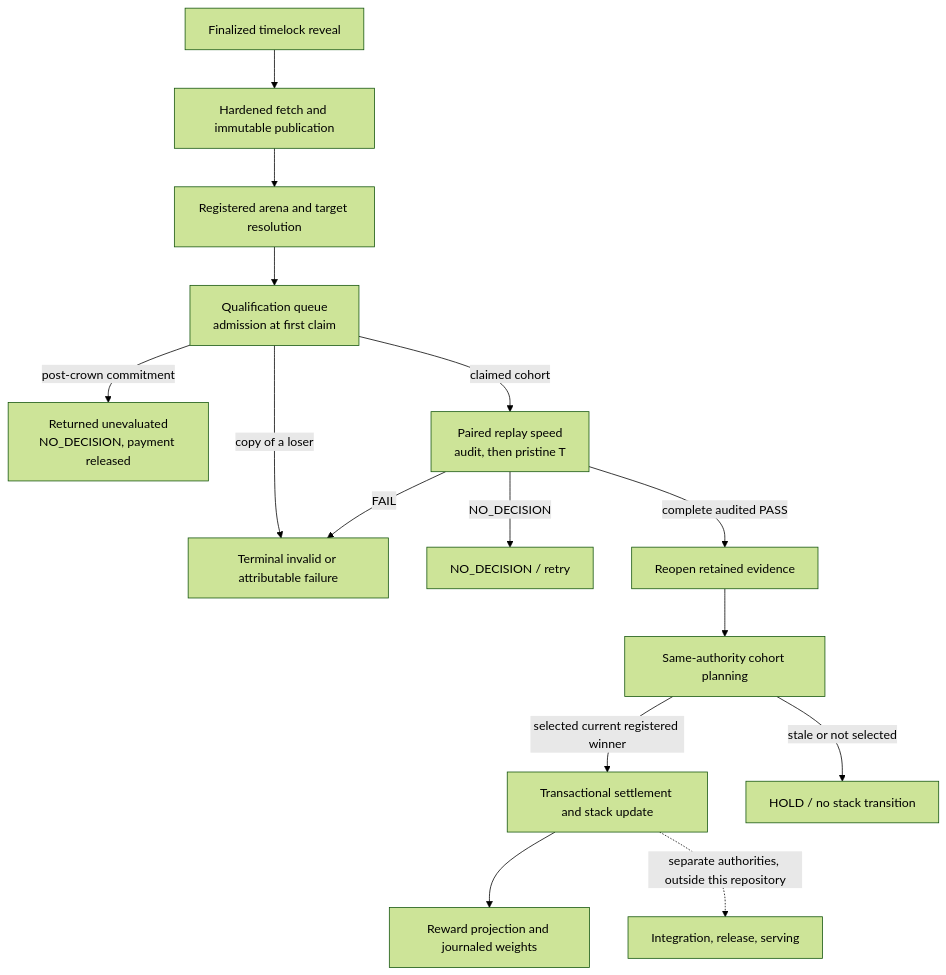
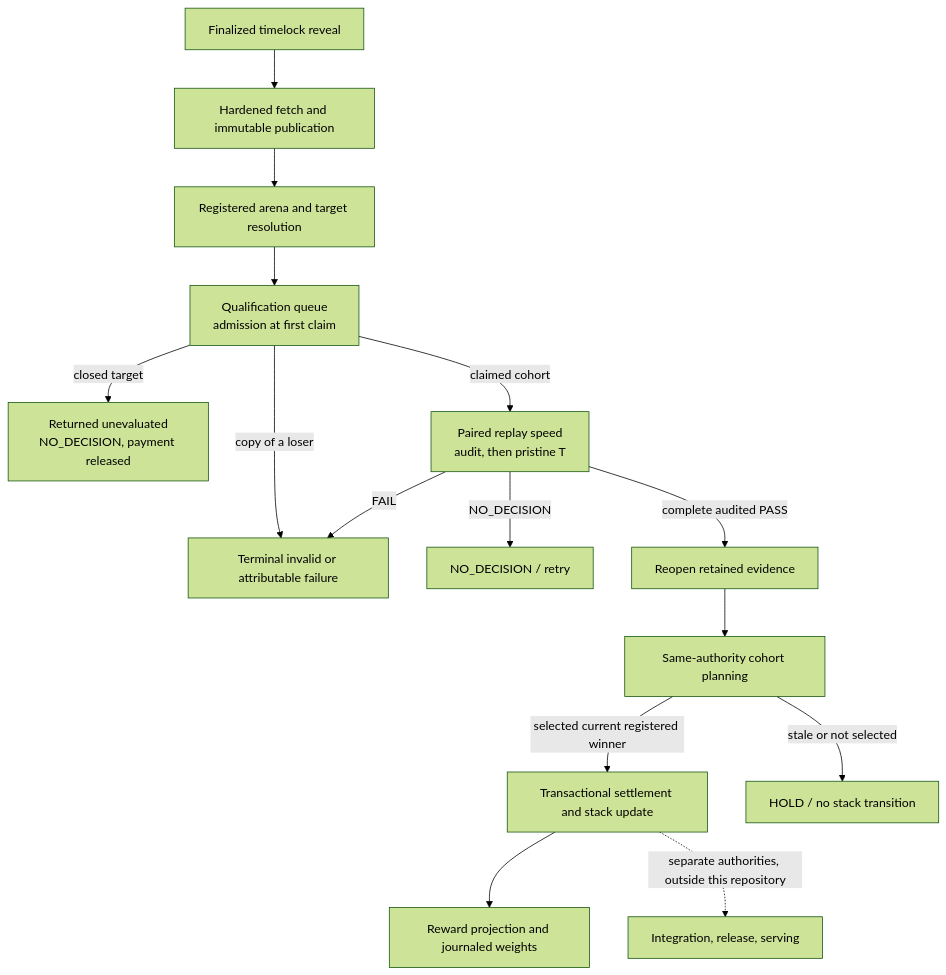
The diagram in docs/architecture/pipeline.md (latent-to/cacheon), drawn with Mermaid (forest theme) before and after one commit. The commit also changed other lines of this file and 10 other files, not shown here.

````diff
--- a/docs/architecture/pipeline.md
+++ b/docs/architecture/pipeline.md
@@ -33,17 +33,17 @@
 ```mermaid
 flowchart TD
     A["Finalized timelock reveal"] --> B["Hardened fetch and immutable publication"]
     B --> C["Registered arena and target resolution"]
     C --> D["Qualification queue<br/>admission at first claim"]
     D -->|"copy of a loser"| F["Terminal invalid or attributable failure"]
-    D -->|"post-crown commitment"| X["Returned unevaluated<br/>NO_DECISION, payment released"]
+    D -->|"closed target"| X["Returned unevaluated<br/>NO_DECISION, payment released"]
     D -->|"claimed cohort"| Q["Paired replay speed<br/>audit, then pristine T"]
     Q -->|"FAIL"| F
     Q -->|"NO_DECISION"| N["NO_DECISION / retry"]
     Q -->|"complete audited PASS"| S["Reopen retained evidence"]
     S --> G["Same-authority cohort planning"]
     G -->|"selected current registered winner"| T["Transactional settlement and stack update"]
     G -->|"stale or not selected"| H["HOLD / no stack transition"]
     T --> W["Reward projection and journaled weights"]
     T -. "separate authorities, outside this repository" .-> I["Integration, release, serving"]
 ```
````
